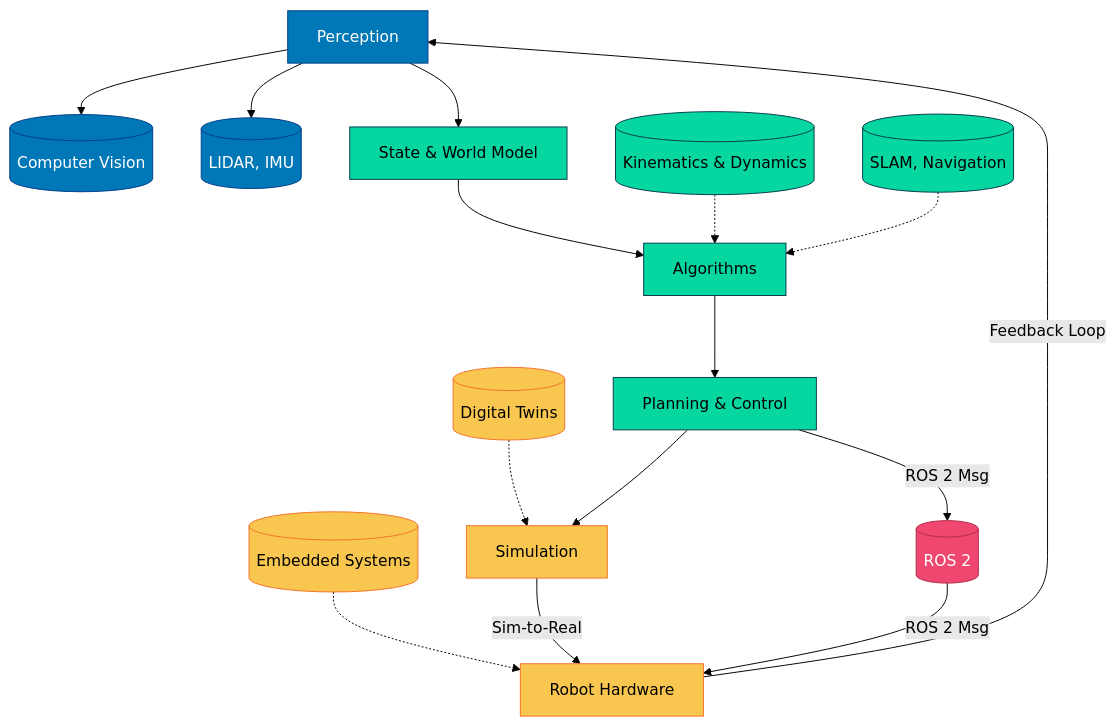
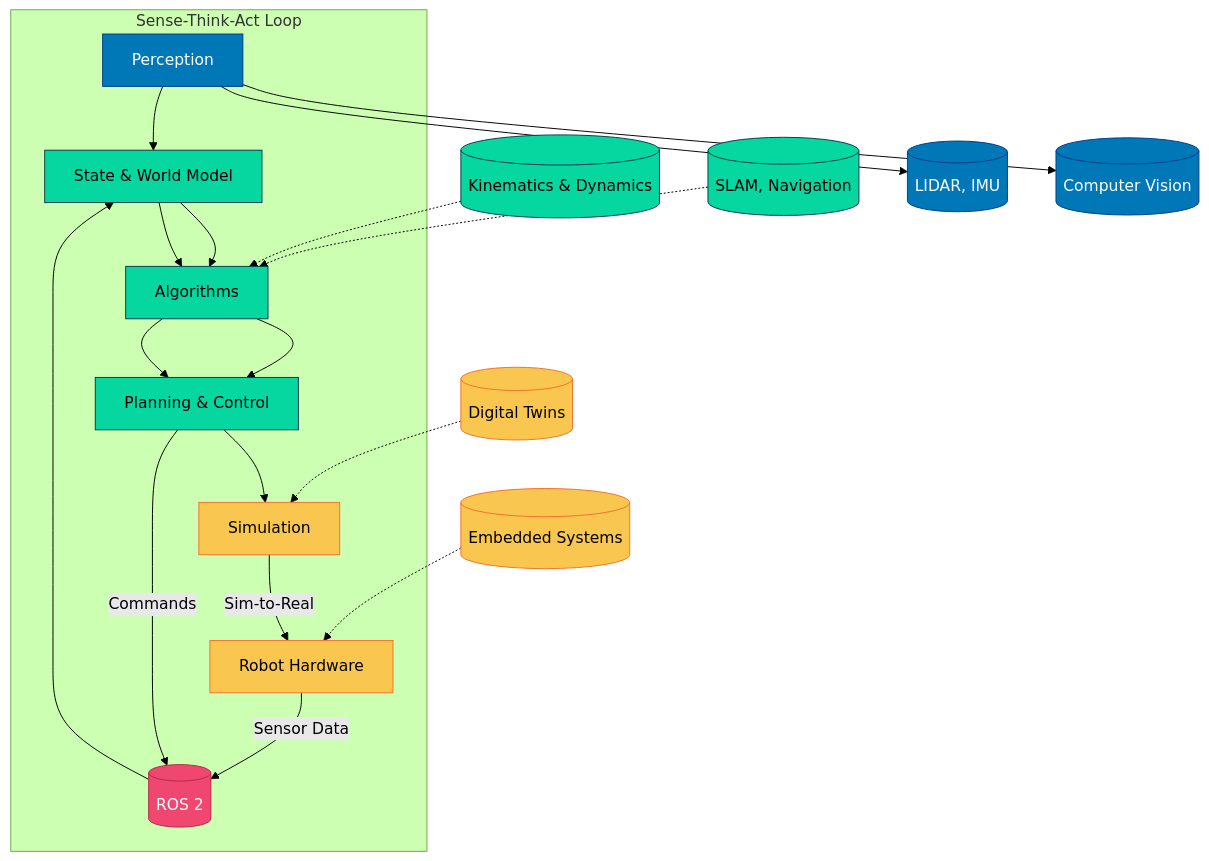
Before and after one commit to devwithchai/devwithchai: the diagram in README.md, drawn with Mermaid (forest theme). The commit also changed other lines of this file, not shown here.

Commit message:
Revise README with new links and badges
Updated profile links and added badges for GitHub and Gmail.

````diff
--- a/README.md
+++ b/README.md
@@ -116,50 +116,52 @@
 ```mermaid
 graph TD
     A[Perception]
     A_CV[(Computer Vision)]
     A_LIDAR[(LIDAR, IMU)]
     A --> A_CV
     A --> A_LIDAR
 
     B[State & World Model]
     C[Algorithms]
     D[Planning & Control]
     B --> C
     C --> D
     C_KD[("Kinematics & Dynamics")] -.-> C
     C_SLAM[("SLAM, Navigation")] -.-> C
 
     E[Simulation]
+    E_DT[(Digital Twins)] -.-> E
     F[Robot Hardware]
-    E_DT[(Digital Twins)] -.-> E
     F_ES[(Embedded Systems)] -.-> F
 
     ROS2[("ROS 2")]
 
-    A --> B
-    D --> E
+    subgraph "Sense-Think-Act Loop"
+        A --> B --> C --> D
+        D --> E
+        D -- "Commands" --> ROS2
+        F -- "Sensor Data" --> ROS2
+        ROS2 --> B
+    end
+
     E -- "Sim-to-Real" --> F
-    F -- "Feedback Loop" --> A
-
-    D -- "ROS 2 Msg" --> ROS2
-    ROS2 -- "ROS 2 Msg" --> F
 
     %% Clickable links
     click C_KD "https://github.com/devwithchai/OpenKinematics" "View OpenKinematics repository" _blank
     click C_SLAM "https://github.com/devwithchai/MobileRobotics" "View Mobile Robotics repository" _blank
     click F_ES "https://github.com/devwithchai/MobileRobotics" "View Mobile Robotics repository" _blank
     click ROS2 "https://docs.ros.org/en/rolling/" "Go to ROS 2 Documentation" _blank
 
     %% --- Styling ---
     %% Define classes for each logical group
     classDef sense fill:#0077b6,stroke:#023e8a,color:#fff
     classDef think fill:#06d6a0,stroke:#073b4c,color:#000
     classDef act fill:#f9c74f,stroke:#f3722c,color:#000
     classDef orchestrate fill:#ef476f,stroke:#b22c49,color:#fff
 
     %% Assign nodes to classes
     class A,A_CV,A_LIDAR sense
     class B,C,D,C_KD,C_SLAM think
     class E,F,E_DT,F_ES act
     class ROS2 orchestrate
 ```
````
